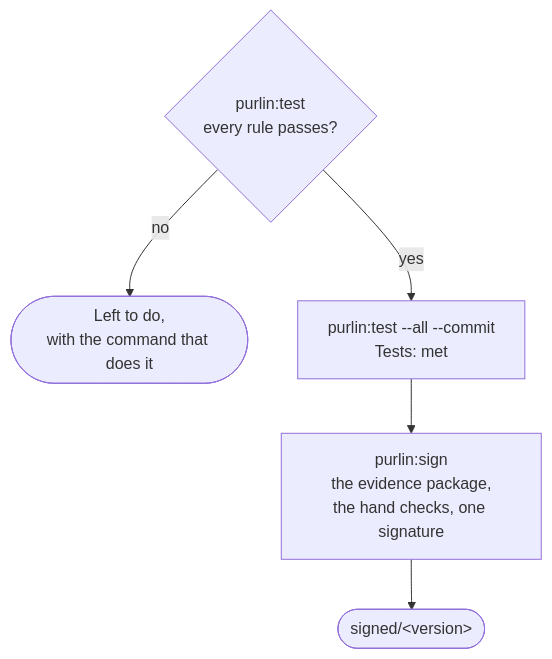
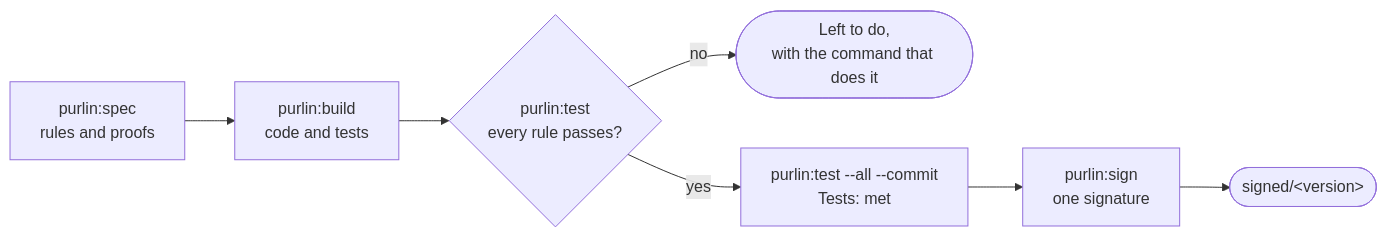
One commit to rlabarca/purlin changed the diagram in docs/how-purlin-works.md. Above: the diagram before and after it, drawn with Mermaid. The commit also changed other lines of this file and 1 other file, not shown here.

First line of the commit message:
docs: how Purlin works, in a third of the words

````diff
--- a/docs/how-purlin-works.md
+++ b/docs/how-purlin-works.md
@@ -34,12 +44,9 @@
 ```mermaid
-flowchart TD
-    T{"purlin:test<br>every rule passes?"}
-    L(["Left to do,<br>with the command that does it"])
-    C["purlin:test --all --commit<br>Tests: met"]
-    S["purlin:sign<br>the evidence package,<br>the hand checks, one signature"]
-    G(["signed/#lt;version#gt;"])
-    T -->|no| L
-    T -->|yes| C
-    C --> S
-    S --> G
+flowchart LR
+    S["purlin:spec<br>rules and proofs"] --> B["purlin:build<br>code and tests"]
+    B --> T{"purlin:test<br>every rule passes?"}
+    T -->|no| L(["Left to do,<br>with the command that does it"])
+    T -->|yes| C["purlin:test --all --commit<br>Tests: met"]
+    C --> G["purlin:sign<br>one signature"]
+    G --> V(["signed/#lt;version#gt;"])
 ```
````
